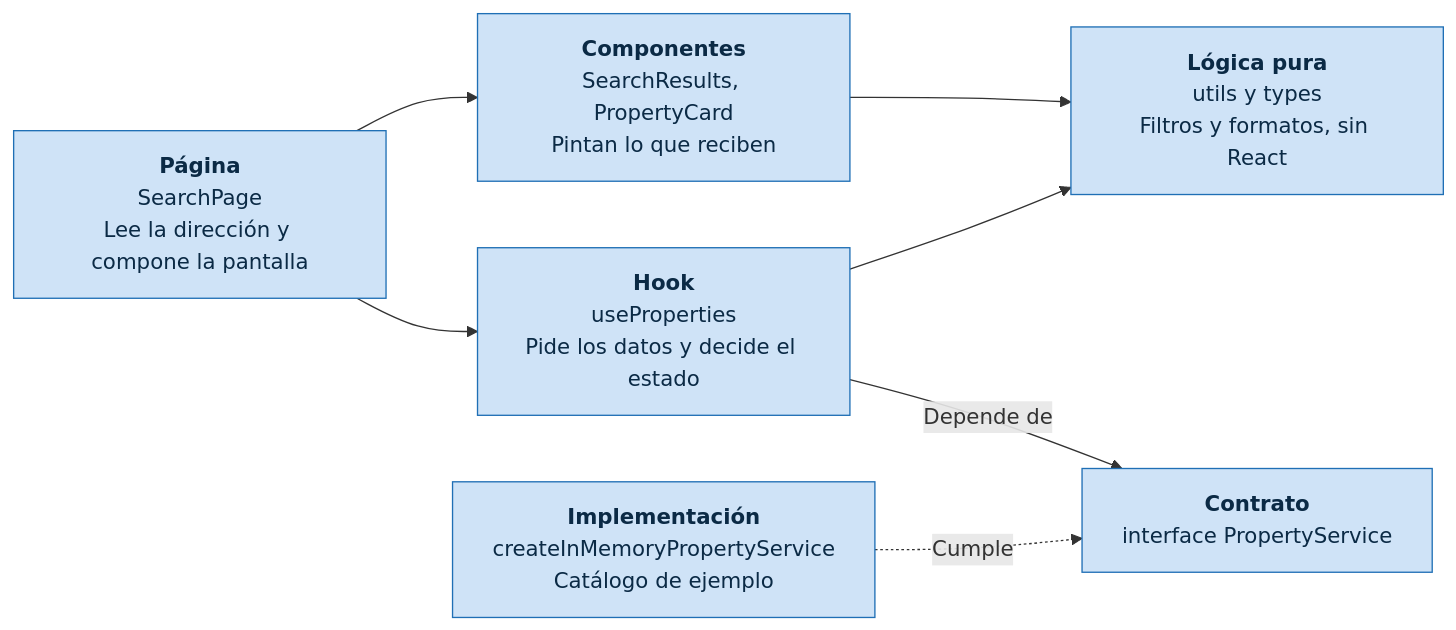
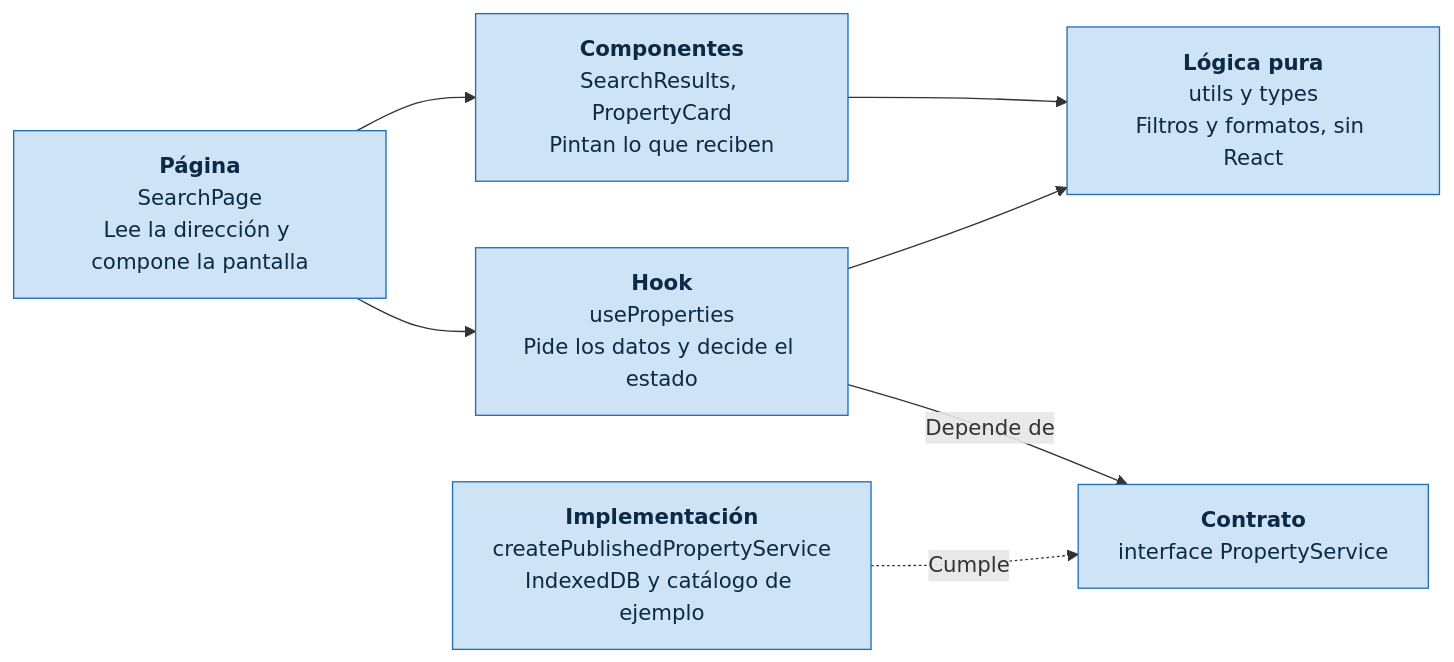
One commit to jespinal899/raizMotor changed the fifth of 6 diagrams in docs/arquitectura.md. Above: the diagram before and after it, drawn with Mermaid. The commit also changed other lines of this file and 25 other files, not shown here.

````diff
--- a/docs/arquitectura.md
+++ b/docs/arquitectura.md
@@ -206,23 +205,23 @@
 ```mermaid
 %%{init: {"flowchart": {"wrappingWidth": 220}}}%%
 flowchart LR
     accTitle: Capas de una funcionalidad
     accDescr: La página compone componentes y llama a un hook. El hook depende del contrato del servicio, que una implementación cumple. Componentes y hooks usan lógica pura.
 
     page["<b>Página</b><br/>SearchPage<br/>Lee la dirección y compone la pantalla"]
     component["<b>Componentes</b><br/>SearchResults, PropertyCard<br/>Pintan lo que reciben"]
     hook["<b>Hook</b><br/>useProperties<br/>Pide los datos y decide el estado"]
     contract["<b>Contrato</b><br/>interface PropertyService"]
-    impl["<b>Implementación</b><br/>createInMemoryPropertyService<br/>Catálogo de ejemplo"]
+    impl["<b>Implementación</b><br/>createPublishedPropertyService<br/>IndexedDB y catálogo de ejemplo"]
     utils["<b>Lógica pura</b><br/>utils y types<br/>Filtros y formatos, sin React"]
 
     page --> component
     page --> hook
     hook -- "Depende de" --> contract
     impl -. "Cumple" .-> contract
     component --> utils
     hook --> utils
 
     classDef componente fill:#cfe3f7,stroke:#1f6fb5,color:#0b2a45
     class page,component,hook,contract,impl,utils componente
 ```
````
